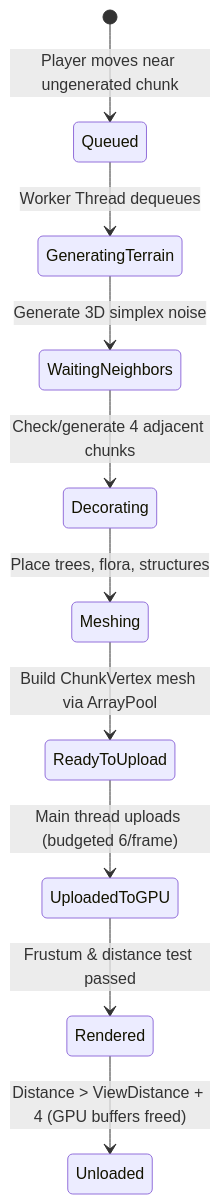
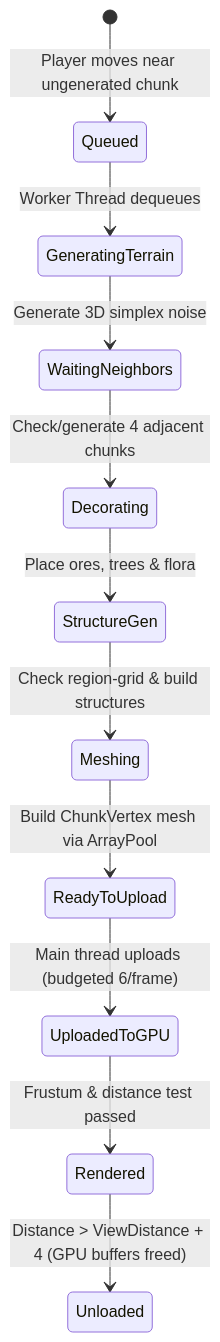
One commit to SpoiledUnknown/VelmoraCraft changed the third of 5 diagrams in docs/flow.md. Above: the diagram before and after it, drawn with Mermaid. The commit also changed other lines of this file and 14 other files, not shown here.

````diff
--- a/docs/flow.md
+++ b/docs/flow.md
@@ -67,12 +83,13 @@
 ```mermaid
 stateDiagram-v2
     [*] --> Queued: Player moves near ungenerated chunk
     Queued --> GeneratingTerrain: Worker Thread dequeues
     GeneratingTerrain --> WaitingNeighbors: Generate 3D simplex noise
     WaitingNeighbors --> Decorating: Check/generate 4 adjacent chunks
-    Decorating --> Meshing: Place trees, flora, structures
+    Decorating --> StructureGen: Place ores, trees & flora
+    StructureGen --> Meshing: Check region-grid & build structures
     Meshing --> ReadyToUpload: Build ChunkVertex mesh via ArrayPool
     ReadyToUpload --> UploadedToGPU: Main thread uploads (budgeted 6/frame)
     UploadedToGPU --> Rendered: Frustum & distance test passed
     Rendered --> Unloaded: Distance > ViewDistance + 4 (GPU buffers freed)
 ```
````
